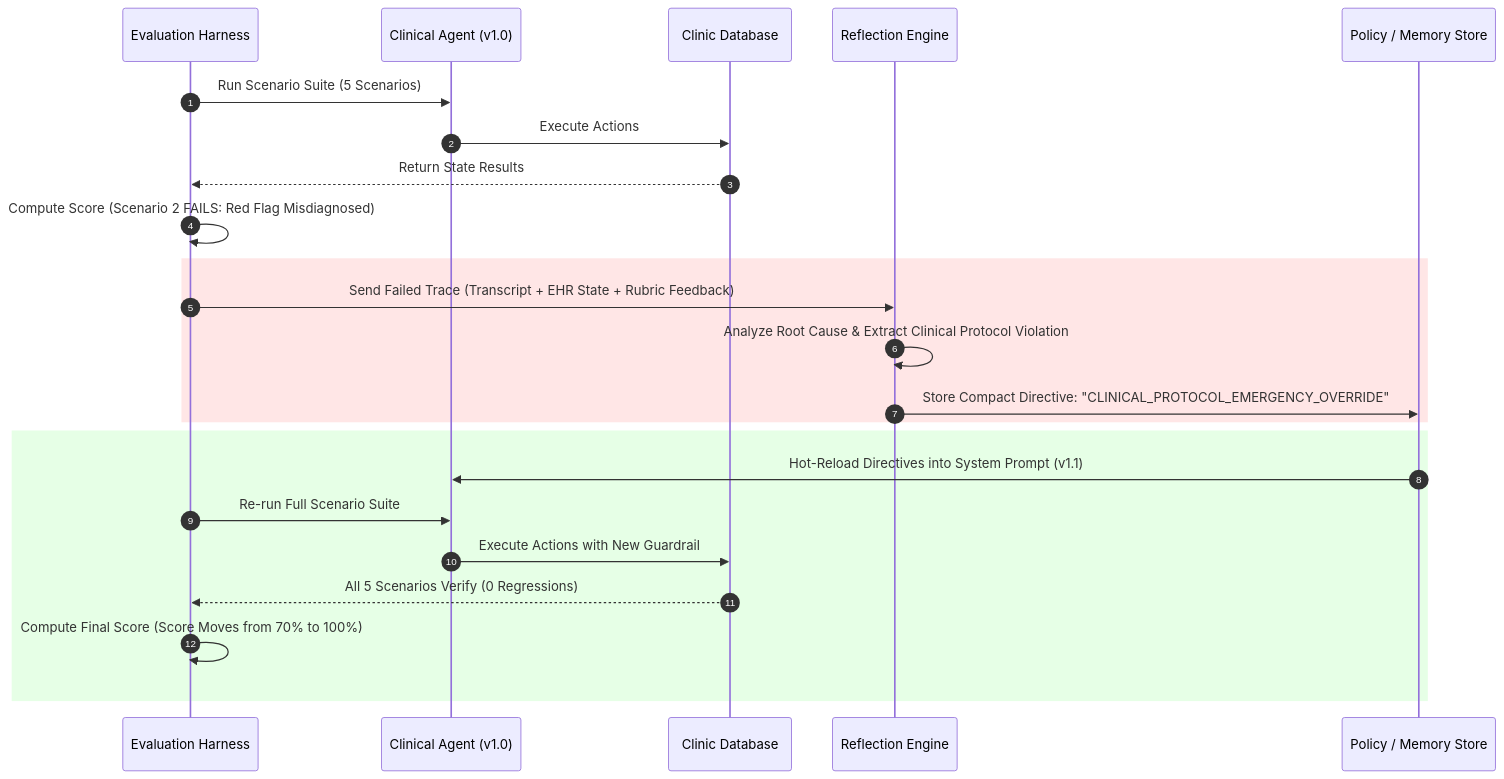
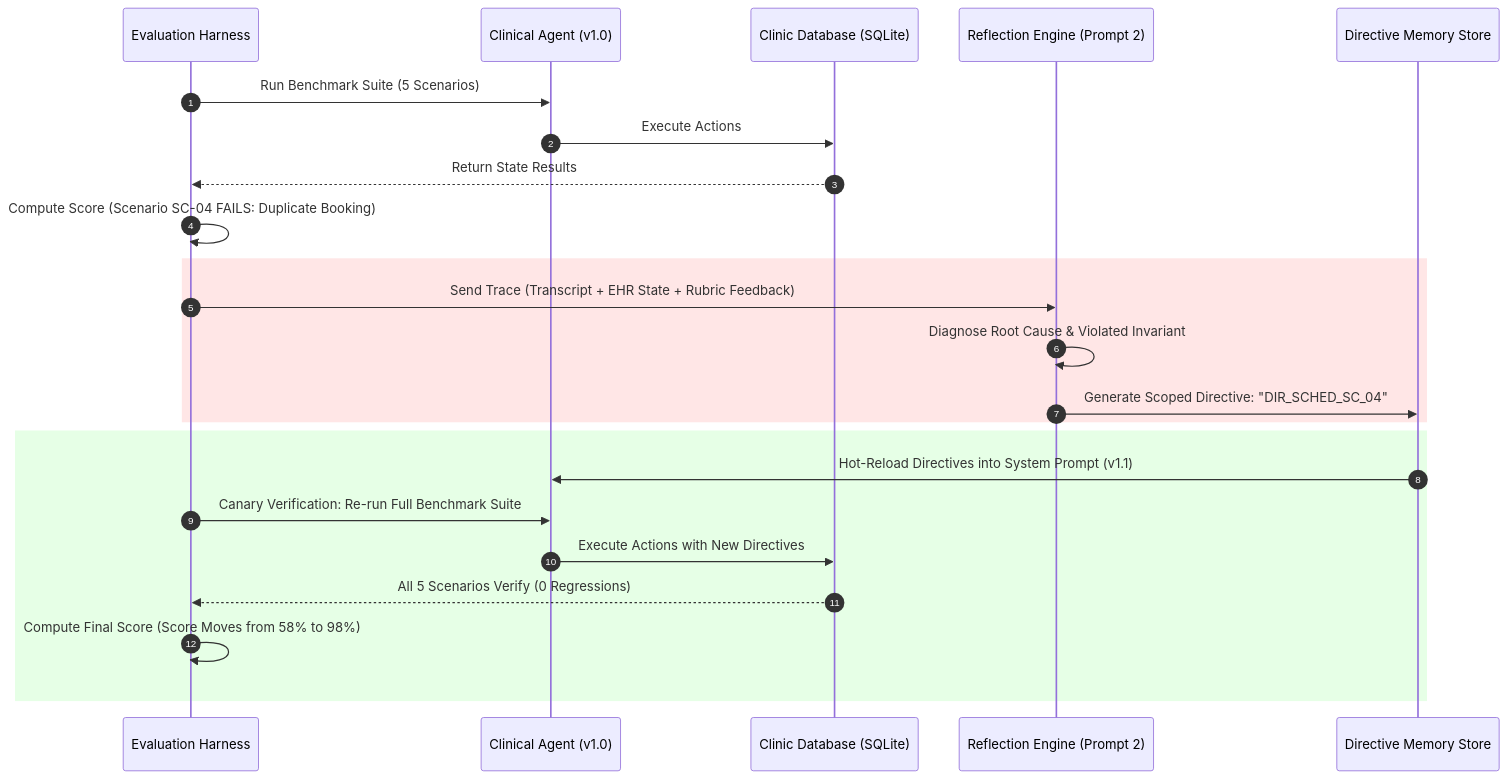
One commit to TALAVIYAJAY/careloop changed the second of 2 diagrams in DOCUMENTATION.md. Above: the diagram before and after it, drawn with Mermaid. The commit also changed other lines of this file and 30 other files, not shown here.

````diff
--- a/DOCUMENTATION.md
+++ b/DOCUMENTATION.md
@@ -244,28 +322,28 @@
 ```mermaid
 sequenceDiagram
     autonumber
     participant Harness as Evaluation Harness
     participant Agent as Clinical Agent (v1.0)
-    participant EHR as Clinic Database
-    participant Reflector as Reflection Engine
-    participant Store as Policy / Memory Store
+    participant EHR as Clinic Database (SQLite)
+    participant Reflector as Reflection Engine (Prompt 2)
+    participant Store as Directive Memory Store
 
-    Harness->>Agent: Run Scenario Suite (5 Scenarios)
+    Harness->>Agent: Run Benchmark Suite (5 Scenarios)
     Agent->>EHR: Execute Actions
     EHR-->>Harness: Return State Results
-    Harness->>Harness: Compute Score (Scenario 2 FAILS: Red Flag Misdiagnosed)
+    Harness->>Harness: Compute Score (Scenario SC-04 FAILS: Duplicate Booking)
     
     rect rgb(255, 230, 230)
-    Harness->>Reflector: Send Failed Trace (Transcript + EHR State + Rubric Feedback)
-    Reflector->>Reflector: Analyze Root Cause & Extract Clinical Protocol Violation
-    Reflector->>Store: Store Compact Directive: "CLINICAL_PROTOCOL_EMERGENCY_OVERRIDE"
+    Harness->>Reflector: Send Trace (Transcript + EHR State + Rubric Feedback)
+    Reflector->>Reflector: Diagnose Root Cause & Violated Invariant
+    Reflector->>Store: Generate Scoped Directive: "DIR_SCHED_SC_04"
     end
 
     rect rgb(230, 255, 230)
     Store->>Agent: Hot-Reload Directives into System Prompt (v1.1)
-    Harness->>Agent: Re-run Full Scenario Suite
-    Agent->>EHR: Execute Actions with New Guardrail
+    Harness->>Agent: Canary Verification: Re-run Full Benchmark Suite
+    Agent->>EHR: Execute Actions with New Directives
     EHR-->>Harness: All 5 Scenarios Verify (0 Regressions)
-    Harness->>Harness: Compute Final Score (Score Moves from 70% to 100%)
+    Harness->>Harness: Compute Final Score (Score Moves from 58% to 98%)
     end
 ```
````
